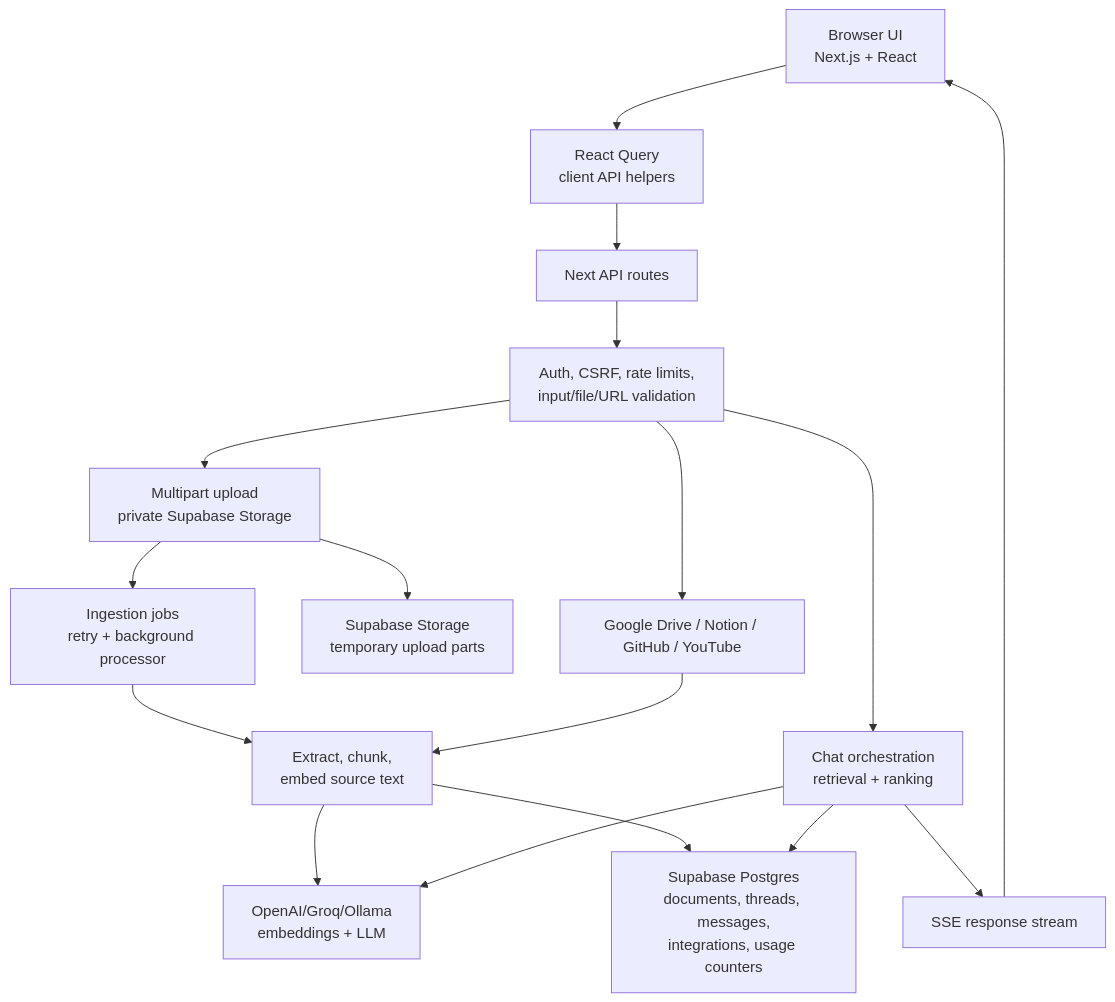
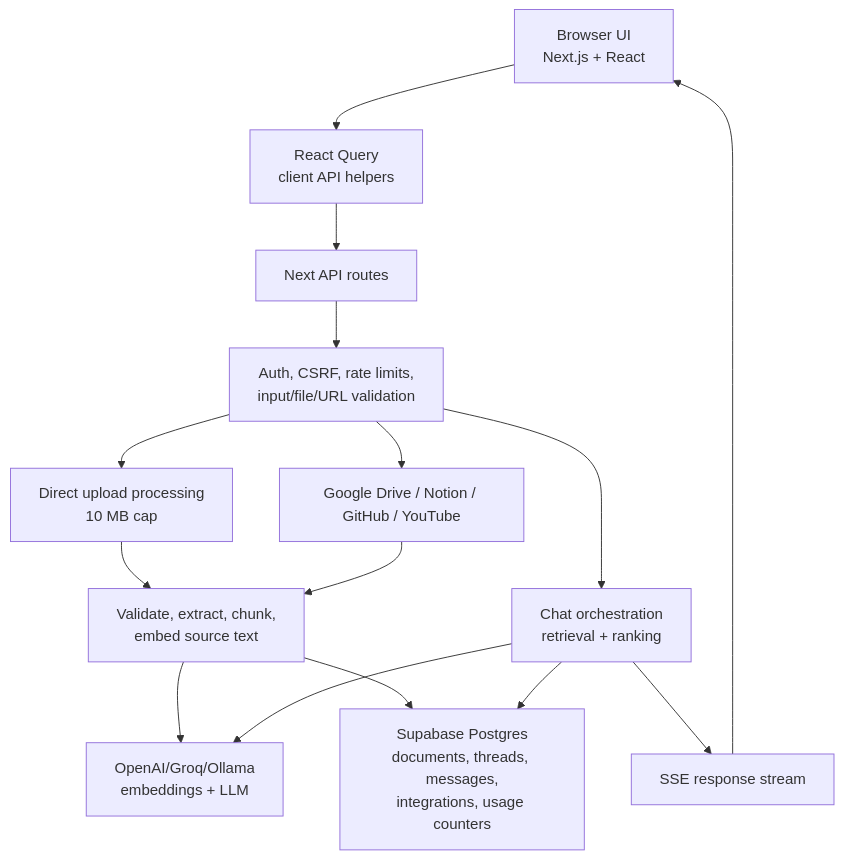
Before and after one commit to Mayuresh162/AI-Notebook-App: the diagram in README.md, drawn with Mermaid. The commit also changed other lines of this file and 14 other files, not shown here.

Commit message:
refactor: restore direct source ingestion

````diff
--- a/README.md
+++ b/README.md
@@ -137,25 +135,22 @@
 ```mermaid
 flowchart TD
   Browser["Browser UI<br/>Next.js + React"]
   State["React Query<br/>client API helpers"]
   Routes["Next API routes"]
   Guards["Auth, CSRF, rate limits,<br/>input/file/URL validation"]
-  Upload["Multipart upload<br/>private Supabase Storage"]
-  Jobs["Ingestion jobs<br/>retry + background processor"]
-  Ingest["Extract, chunk,<br/>embed source text"]
+  Upload["Direct upload processing<br/>10 MB cap"]
+  Ingest["Validate, extract, chunk,<br/>embed source text"]
   Chat["Chat orchestration<br/>retrieval + ranking"]
   Stream["SSE response stream"]
   DB["Supabase Postgres<br/>documents, threads, messages,<br/>integrations, usage counters"]
-  Storage["Supabase Storage<br/>temporary upload parts"]
   Providers["OpenAI/Groq/Ollama<br/>embeddings + LLM"]
   Integrations["Google Drive / Notion / GitHub / YouTube"]
 
   Browser --> State --> Routes --> Guards
-  Guards --> Upload --> Storage
-  Upload --> Jobs --> Ingest --> Providers
+  Guards --> Upload --> Ingest --> Providers
   Ingest --> DB
   Guards --> Chat --> DB
   Chat --> Providers
   Chat --> Stream --> Browser
   Guards --> Integrations --> Ingest
 ```
````
